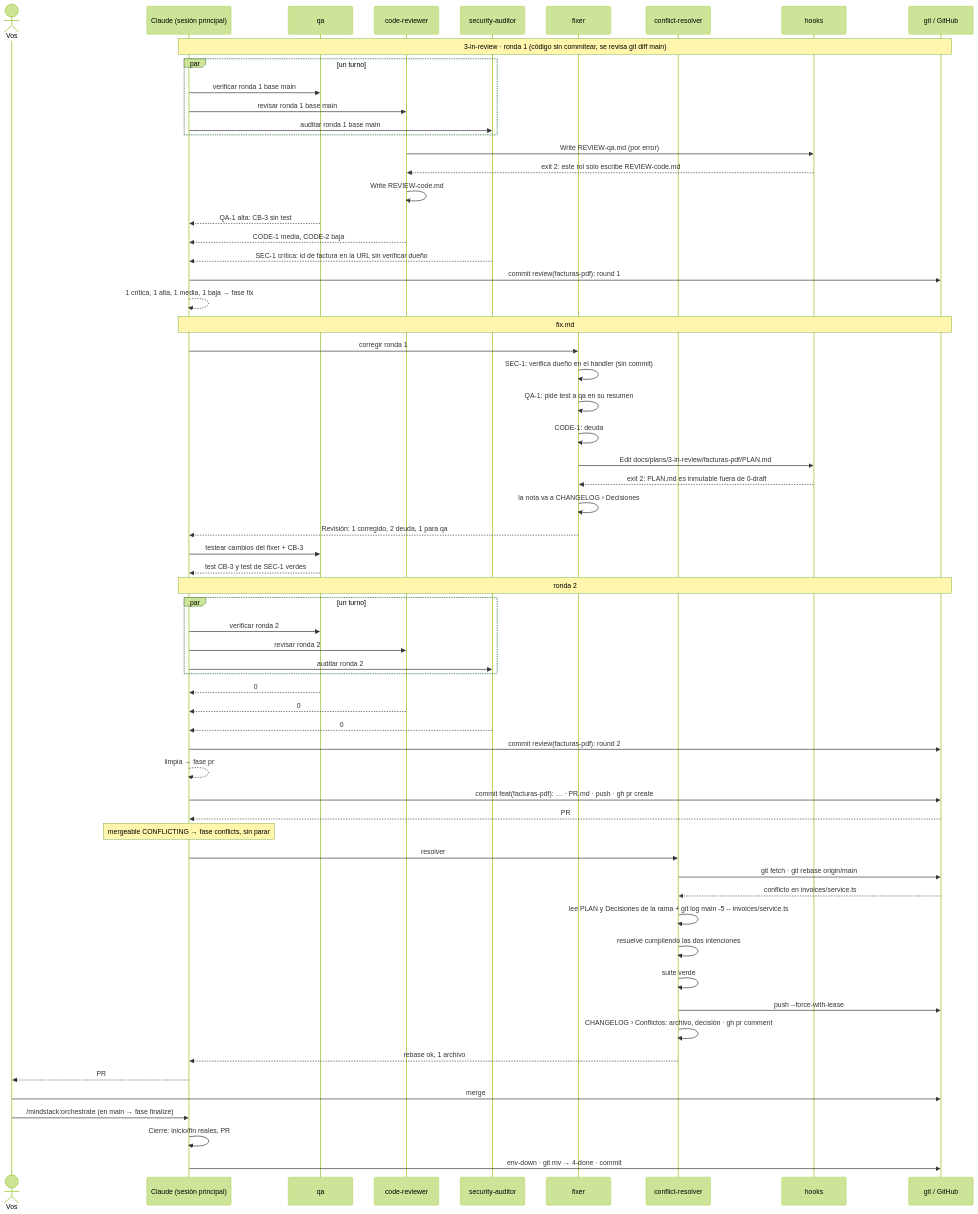
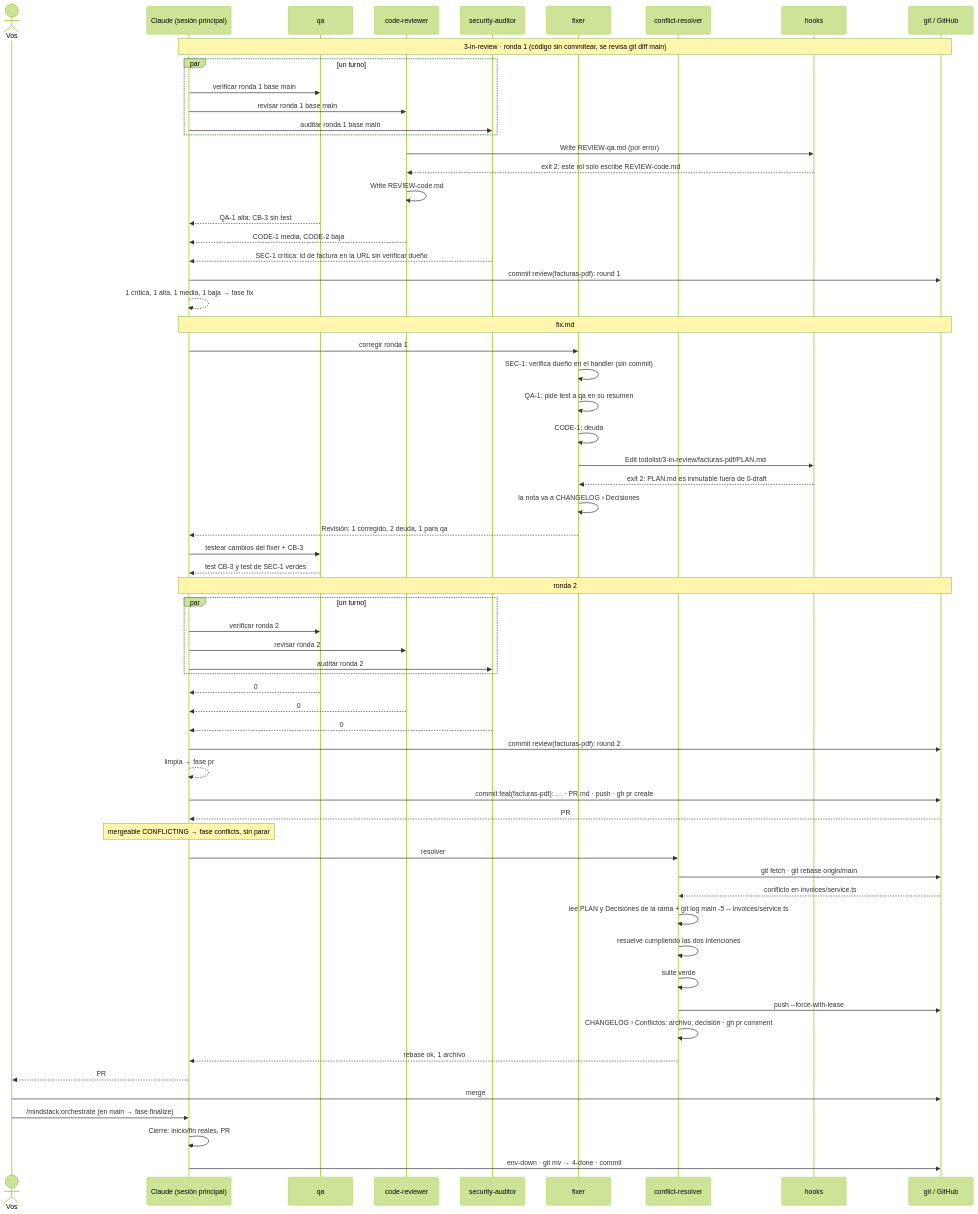
The diagram in use-cases/04-review-fix-conflict.md (octavio-parozlabs/mindstack), drawn with Mermaid (forest theme) before and after one commit. The commit also changed 39 other files, not shown here.

````diff
--- a/use-cases/04-review-fix-conflict.md
+++ b/use-cases/04-review-fix-conflict.md
@@ -5,70 +5,70 @@
 ```mermaid
 sequenceDiagram
     actor U as Vos
     participant C as Claude (sesión principal)
     participant QA as qa
     participant CR as code-reviewer
     participant SA as security-auditor
     participant FX as fixer
     participant RS as conflict-resolver
     participant H as hooks
     participant G as git / GitHub
 
     Note over C,G: 3-in-review · ronda 1 (código sin commitear, se revisa git diff main)
     par un turno
         C->>QA: verificar ronda 1 base main
         C->>CR: revisar ronda 1 base main
         C->>SA: auditar ronda 1 base main
     end
     CR->>H: Write REVIEW-qa.md (por error)
     H-->>CR: exit 2: este rol solo escribe REVIEW-code.md
     CR->>CR: Write REVIEW-code.md
     QA-->>C: QA-1 alta: CB-3 sin test
     CR-->>C: CODE-1 media, CODE-2 baja
     SA-->>C: SEC-1 crítica: id de factura en la URL sin verificar dueño
     C->>G: commit review(facturas-pdf): round 1
     C-->>C: 1 crítica, 1 alta, 1 media, 1 baja → fase fix
 
     Note over C,G: fix.md
     C->>FX: corregir ronda 1
     FX->>FX: SEC-1: verifica dueño en el handler (sin commit)
     FX->>FX: QA-1: pide test a qa en su resumen
     FX->>FX: CODE-1: deuda #52 vence 2026-12-15 · CODE-2: deuda #53
-    FX->>H: Edit docs/plans/3-in-review/facturas-pdf/PLAN.md
+    FX->>H: Edit todolist/3-in-review/facturas-pdf/PLAN.md
     H-->>FX: exit 2: PLAN.md es inmutable fuera de 0-draft
     FX->>FX: la nota va a CHANGELOG › Decisiones
     FX-->>C: Revisión: 1 corregido, 2 deuda, 1 para qa
     C->>QA: testear cambios del fixer + CB-3
     QA-->>C: test CB-3 y test de SEC-1 verdes
 
     Note over C,G: ronda 2
     par un turno
         C->>QA: verificar ronda 2
         C->>CR: revisar ronda 2
         C->>SA: auditar ronda 2
     end
     QA-->>C: 0
     CR-->>C: 0
     SA-->>C: 0
     C->>G: commit review(facturas-pdf): round 2
     C-->>C: limpia → fase pr
 
         C->>G: commit feat(facturas-pdf): … · PR.md · push · gh pr create
     G-->>C: PR #88 · mergeable: CONFLICTING
     Note over C: mergeable CONFLICTING → fase conflicts, sin parar
     C->>RS: resolver
     RS->>G: git fetch · git rebase origin/main
     G-->>RS: conflicto en invoices/service.ts
     RS->>RS: lee PLAN y Decisiones de la rama + git log main -5 -- invoices/service.ts
     RS->>RS: resuelve cumpliendo las dos intenciones
     RS->>RS: suite verde
     RS->>G: push --force-with-lease
     RS->>RS: CHANGELOG › Conflictos: archivo, decisión · gh pr comment
     RS-->>C: rebase ok, 1 archivo
     C-->>U: PR #88 mergeable
 
     U->>G: merge
     U->>C: /mindstack:orchestrate (en main → fase finalize)
     C->>C: Cierre: inicio/fin reales, PR #88, deuda abierta #52 #53
     C->>G: env-down · git mv → 4-done · commit
 ```
````
